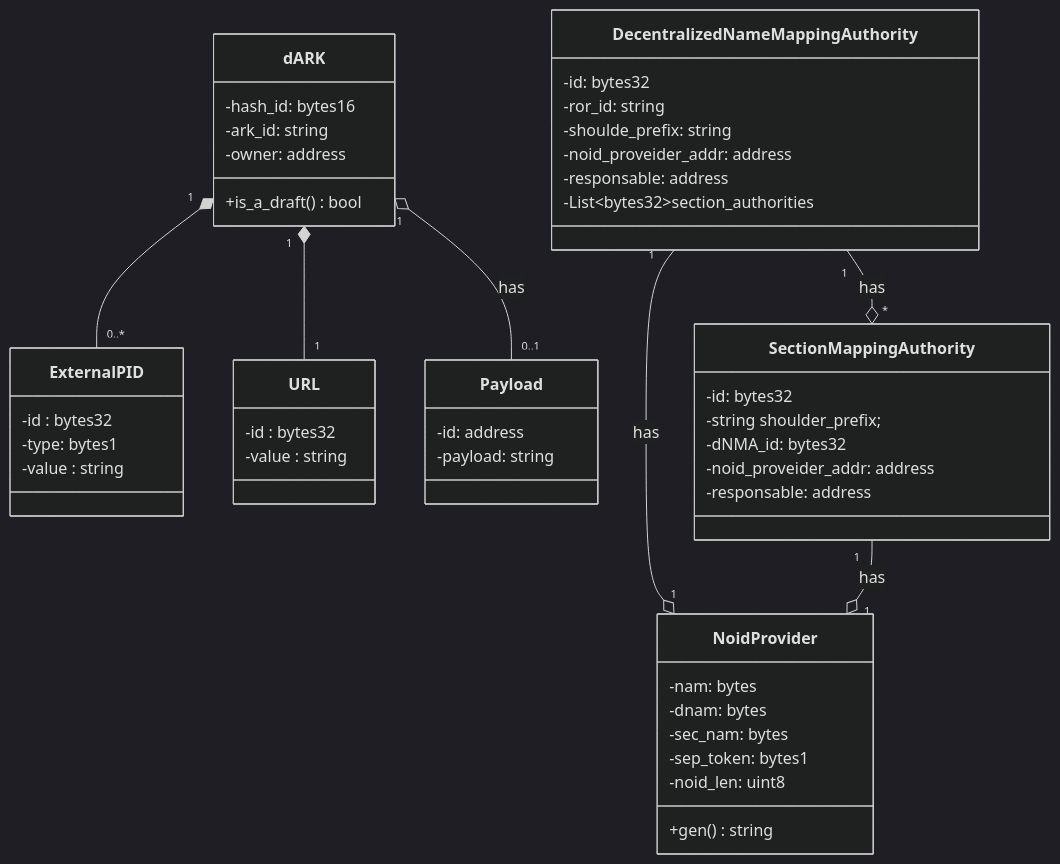
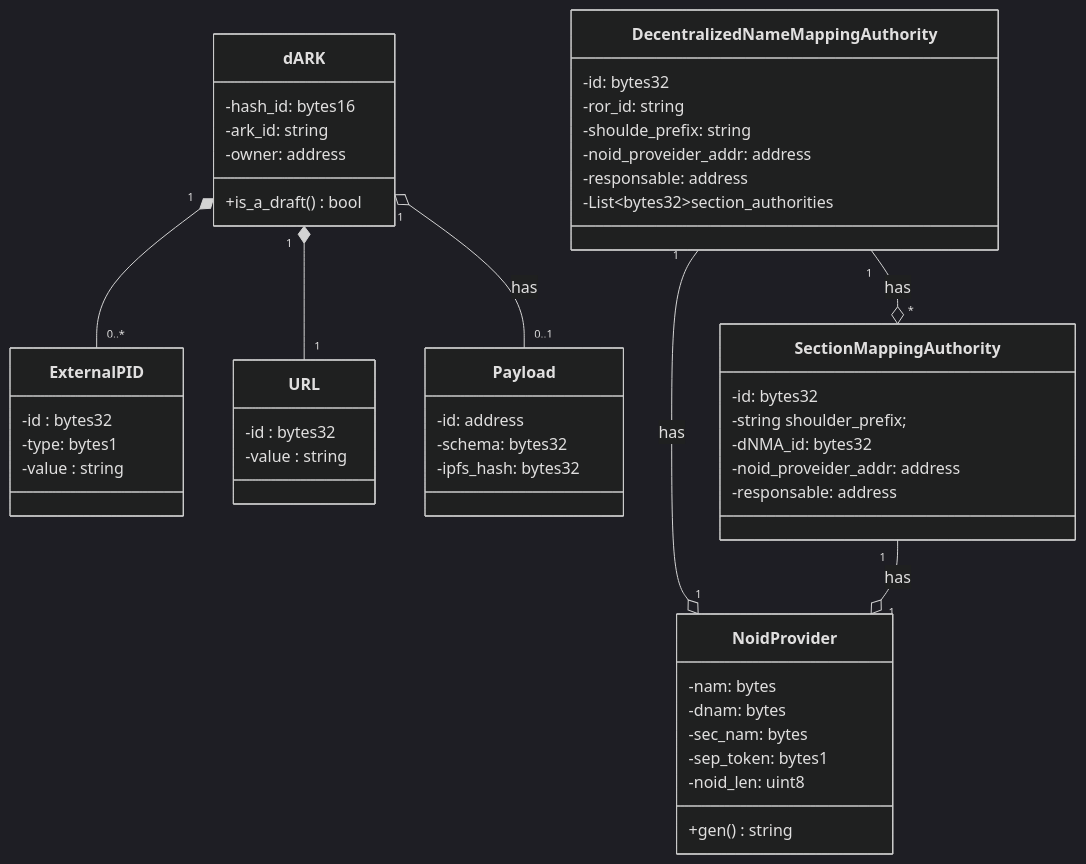
Before and after one commit to dark-pid/dARK: the diagram in docs/diagrams/dark_core_entites_class.mmd, drawn with Mermaid (dark theme). The commit also changed 1 other file, not shown here.

Commit message:
new coneptual  schema

```diff
--- a/docs/diagrams/dark_core_entites_class.mmd
+++ b/docs/diagrams/dark_core_entites_class.mmd
@@ -1,63 +1,64 @@
 classDiagram
 
     class dARK{
         -hash_id: bytes16
         -ark_id: string
         -owner: address
         
         +is_a_draft() bool
     }
 
     class ExternalPID{
         -id : bytes32
         -type: bytes1
         -value : string
     }
 
     class URL{
         -id : bytes32
         -value : string
     }
 
     class Payload{
         -id: address
-        -payload: string
+        -schema: bytes32
+        -ipfs_hash: bytes32
     }
 
     dARK "1" o-- "0..1" Payload : has
     
     dARK "1" *--  "0..*" ExternalPID
     dARK "1" *--  "1" URL
 
 
     class DecentralizedNameMappingAuthority{
         -id: bytes32
         -ror_id: string
         -shoulde_prefix: string
         -noid_proveider_addr: address
         -responsable: address
         -List~bytes32~section_authorities
     }
 
     class SectionMappingAuthority {
         -id: bytes32
         -string shoulder_prefix;
         -dNMA_id: bytes32
         -noid_proveider_addr: address
         -responsable: address
     }
 
     class NoidProvider{
         -nam: bytes
         -dnam: bytes
         -sec_nam: bytes
         -sep_token: bytes1
         -noid_len: uint8
 
         +gen() string
     }
 
     DecentralizedNameMappingAuthority "1" --o "1" NoidProvider: has
     SectionMappingAuthority "1" --o "1" NoidProvider: has
 
     DecentralizedNameMappingAuthority "1" --o "*" SectionMappingAuthority: has
```
